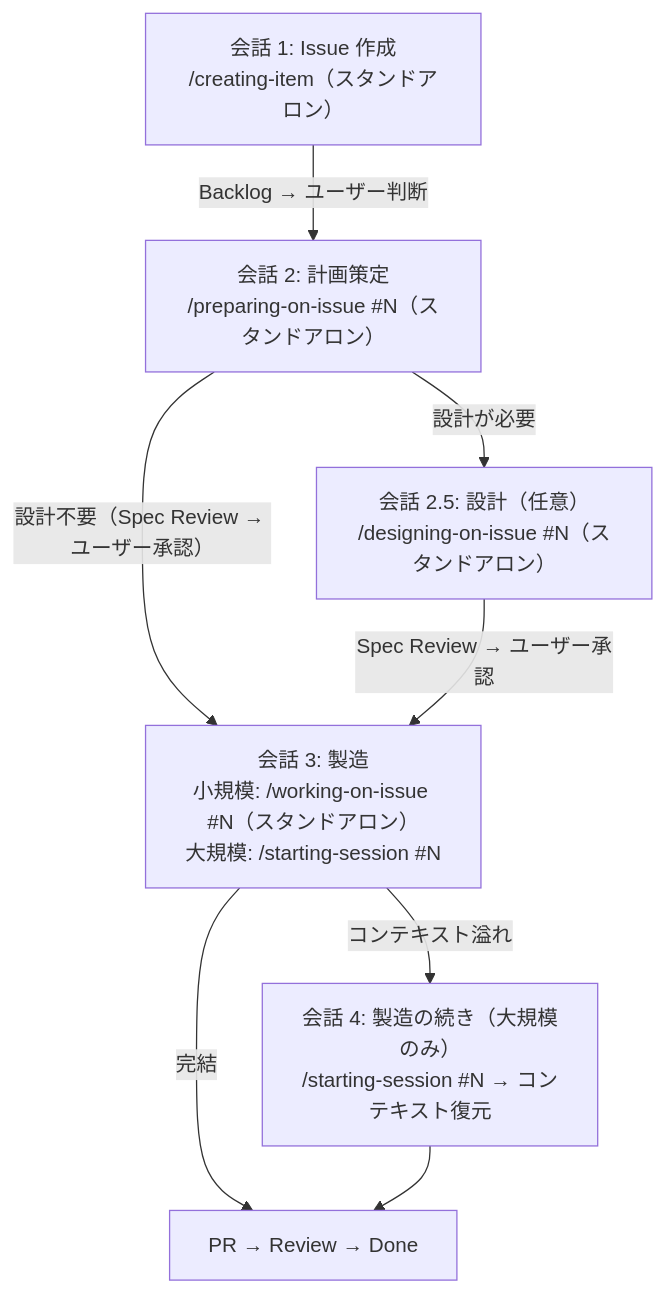
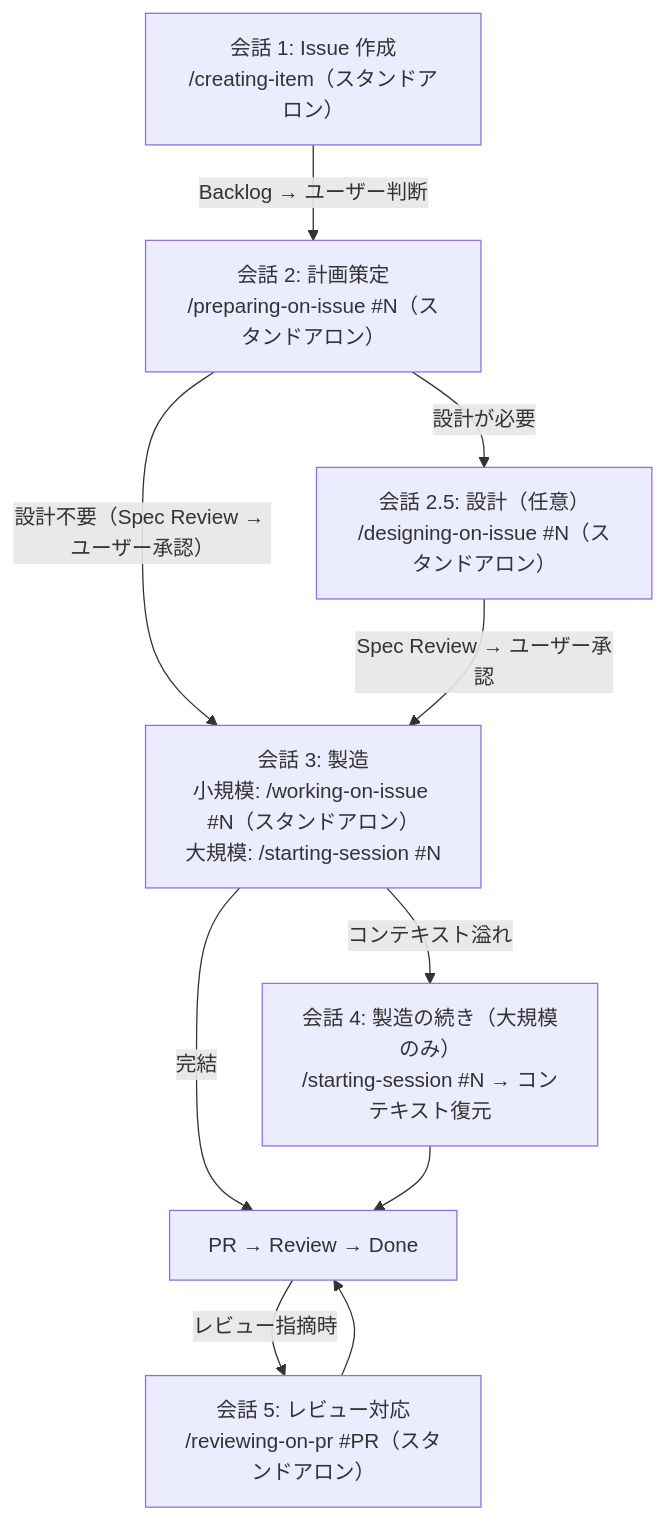
The second of 3 diagrams in shirokuma-skills-ja/rules/best-practices-first.md (ShirokumaLibrary/shirokuma-plugins), drawn with Mermaid before and after one commit. The commit also changed other lines of this file and 44 other files, not shown here.

````diff
--- a/shirokuma-skills-ja/rules/best-practices-first.md
+++ b/shirokuma-skills-ja/rules/best-practices-first.md
@@ -39,16 +39,18 @@
 ```mermaid
 graph TD
     C1["会話 1: Issue 作成<br/>/creating-item（スタンドアロン）"]
     C2["会話 2: 計画策定<br/>/preparing-on-issue #N（スタンドアロン）"]
     C2D["会話 2.5: 設計（任意）<br/>/designing-on-issue #N（スタンドアロン）"]
     C3["会話 3: 製造<br/>小規模: /working-on-issue #N（スタンドアロン）<br/>大規模: /starting-session #N"]
     C4["会話 4: 製造の続き（大規模のみ）<br/>/starting-session #N → コンテキスト復元"]
 
     C1 -->|"Backlog → ユーザー判断"| C2
     C2 -->|"設計が必要"| C2D
     C2 -->|"設計不要（Spec Review → ユーザー承認）"| C3
     C2D -->|"Spec Review → ユーザー承認"| C3
     C3 -->|"コンテキスト溢れ"| C4
     C3 -->|"完結"| Done["PR → Review → Done"]
     C4 --> Done
+    Done -->|"レビュー指摘時"| C5["会話 5: レビュー対応<br/>/reviewing-on-pr #PR（スタンドアロン）"]
+    C5 --> Done
 ```
````
